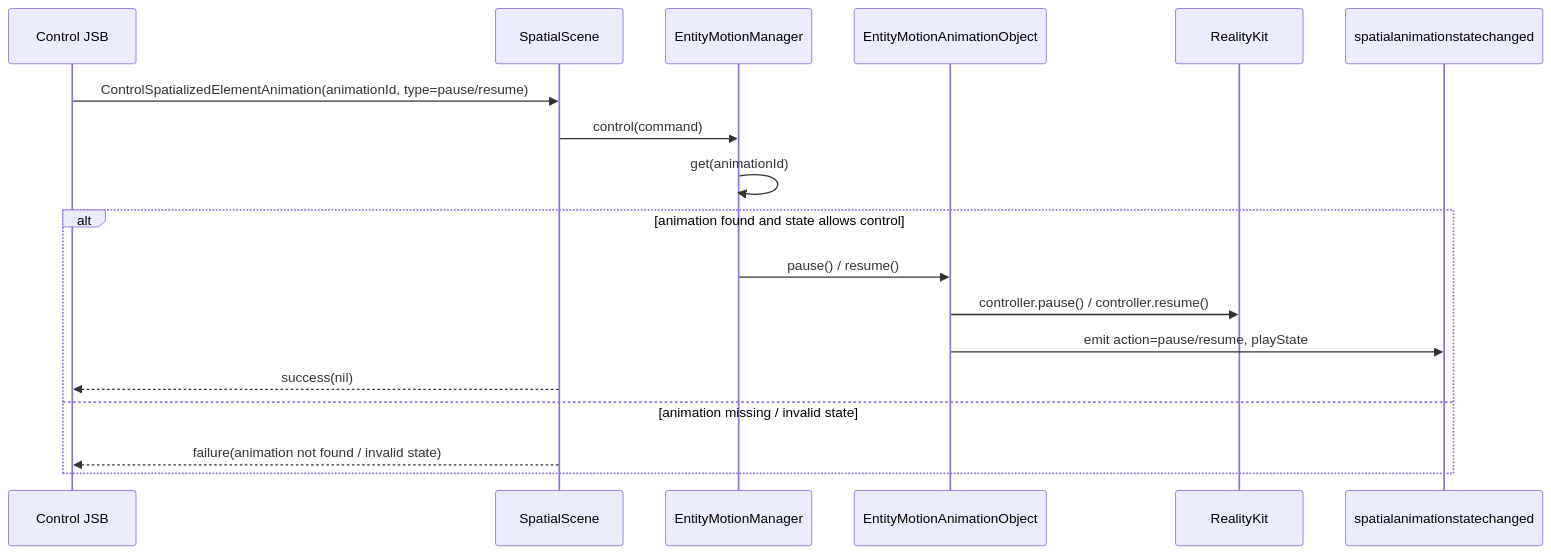
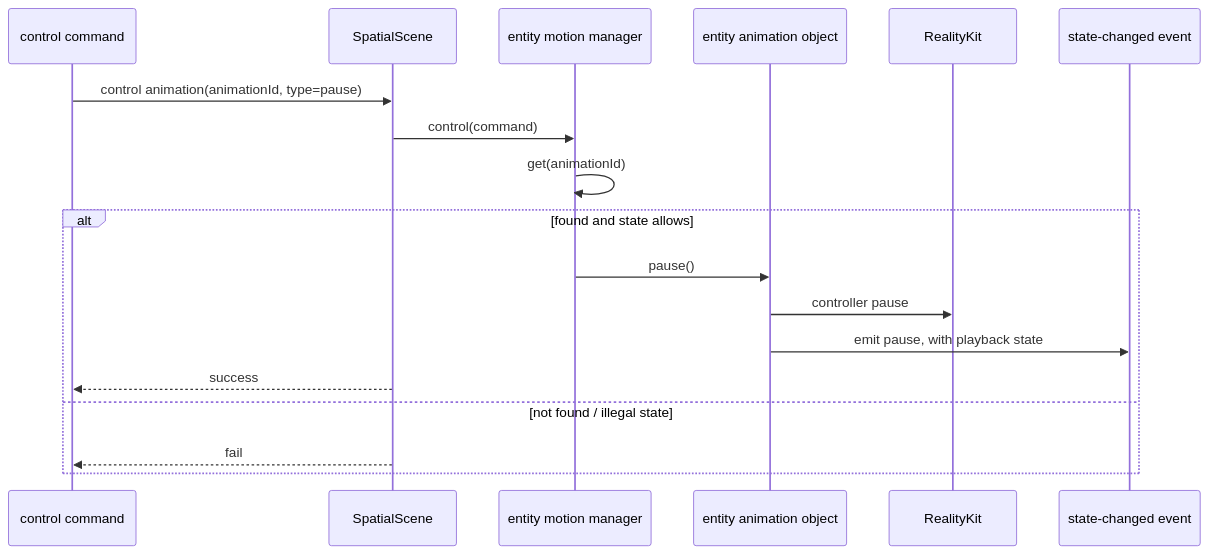
Before and after one commit to webspatial/webspatial-sdk: the ninth of 11 diagrams in openspec/changes/redesign-entity-motion-api/design.md, drawn with Mermaid. The commit also changed other lines of this file and 7 other files, not shown here.

````diff
--- a/openspec/changes/redesign-entity-motion-api/design.md
+++ b/openspec/changes/redesign-entity-motion-api/design.md
@@ -734,21 +904,21 @@
 ```mermaid
 sequenceDiagram
-    participant JSB as Control JSB
+    participant JSB as control command
     participant Scene as SpatialScene
-    participant Manager as EntityMotionManager
-    participant Obj as EntityMotionAnimationObject
+    participant Manager as entity motion manager
+    participant Obj as entity animation object
     participant RK as RealityKit
-    participant Event as spatialanimationstatechanged
+    participant Event as state-changed event
 
-    JSB->>Scene: ControlSpatializedElementAnimation(animationId, type=pause/resume)
+    JSB->>Scene: control animation(animationId, type=pause)
     Scene->>Manager: control(command)
     Manager->>Manager: get(animationId)
-    alt animation found and state allows control
-        Manager->>Obj: pause() / resume()
-        Obj->>RK: controller.pause() / controller.resume()
-        Obj->>Event: emit action=pause/resume, playState
-        Scene-->>JSB: success(nil)
-    else animation missing / invalid state
-        Scene-->>JSB: failure(animation not found / invalid state)
+    alt found and state allows
+        Manager->>Obj: pause()
+        Obj->>RK: controller pause
+        Obj->>Event: emit pause, with playback state
+        Scene-->>JSB: success
+    else not found / illegal state
+        Scene-->>JSB: fail
     end
 ```
````
